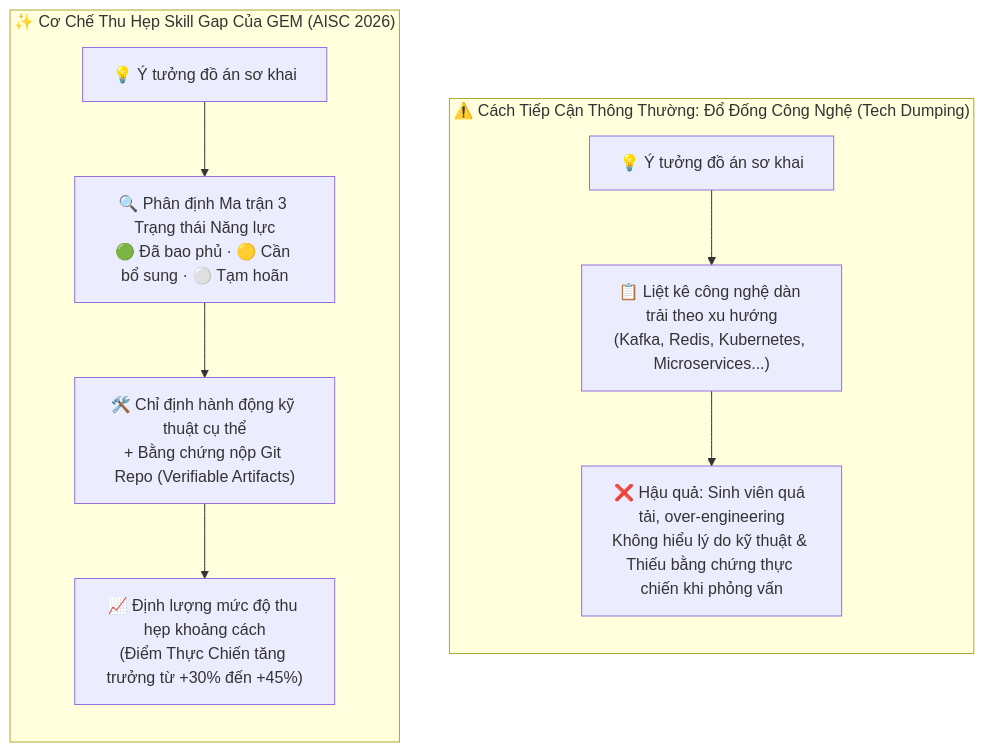
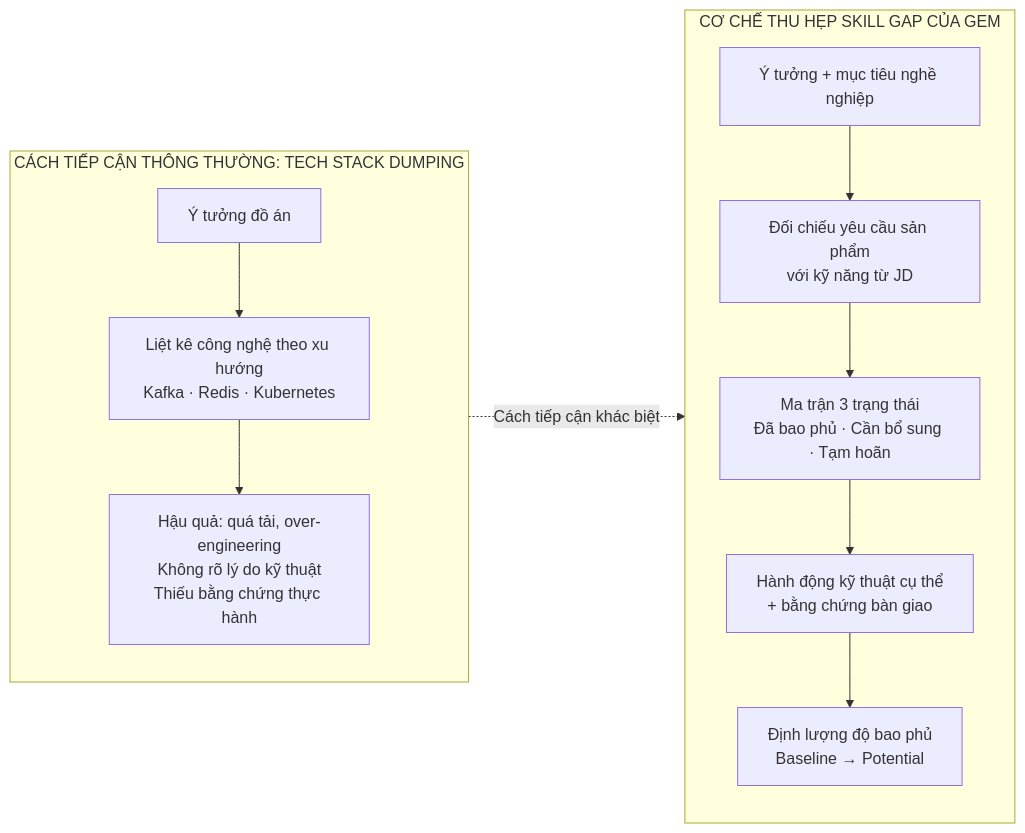
One commit to PoemN-1212/AISC26_LUSTRA_GEM changed the first of 2 diagrams in README.md. Above: the diagram before and after it, drawn with Mermaid. The commit also changed other lines of this file, not shown here.

````diff
--- a/README.md
+++ b/README.md
@@ -59,19 +58,22 @@
 ```mermaid
-flowchart TD
-    subgraph Traditional ["⚠️ Cách Tiếp Cận Thông Thường: Đổ Đống Công Nghệ (Tech Dumping)"]
+flowchart LR
+    subgraph Traditional["CÁCH TIẾP CẬN THÔNG THƯỜNG: TECH STACK DUMPING"]
         direction TB
-        T1["💡 Ý tưởng đồ án sơ khai"]
-        T2["📋 Liệt kê công nghệ dàn trải theo xu hướng<br/>(Kafka, Redis, Kubernetes, Microservices...)"]
-        T3["❌ Hậu quả: Sinh viên quá tải, over-engineering<br/>Không hiểu lý do kỹ thuật & Thiếu bằng chứng thực chiến khi phỏng vấn"]
+        T1["Ý tưởng đồ án"]
+        T2["Liệt kê công nghệ theo xu hướng<br/>Kafka · Redis · Kubernetes"]
+        T3["Hậu quả: quá tải, over-engineering<br/>Không rõ lý do kỹ thuật<br/>Thiếu bằng chứng thực hành"]
         T1 --> T2 --> T3
     end
 
-    subgraph GEM_Approach ["✨ Cơ Chế Thu Hẹp Skill Gap Của GEM (AISC 2026)"]
+    subgraph GEM["CƠ CHẾ THU HẸP SKILL GAP CỦA GEM"]
         direction TB
-        G1["💡 Ý tưởng đồ án sơ khai"]
-        G2["🔍 Phân định Ma trận 3 Trạng thái Năng lực<br/>🟢 Đã bao phủ · 🟡 Cần bổ sung · ⚪ Tạm hoãn"]
-        G3["🛠️ Chỉ định hành động kỹ thuật cụ thể<br/>+ Bằng chứng nộp Git Repo (Verifiable Artifacts)"]
-        G4["📈 Định lượng mức độ thu hẹp khoảng cách<br/>(Điểm Thực Chiến tăng trưởng từ +30% đến +45%)"]
-        G1 --> G2 --> G3 --> G4
+        G1["Ý tưởng + mục tiêu nghề nghiệp"]
+        G2["Đối chiếu yêu cầu sản phẩm<br/>với kỹ năng từ JD"]
+        G3["Ma trận 3 trạng thái<br/>Đã bao phủ · Cần bổ sung · Tạm hoãn"]
+        G4["Hành động kỹ thuật cụ thể<br/>+ bằng chứng bàn giao"]
+        G5["Định lượng độ bao phủ<br/>Baseline → Potential"]
+        G1 --> G2 --> G3 --> G4 --> G5
     end
+
+    T3 -. "Cách tiếp cận khác biệt" .-> G2
 ```
````
